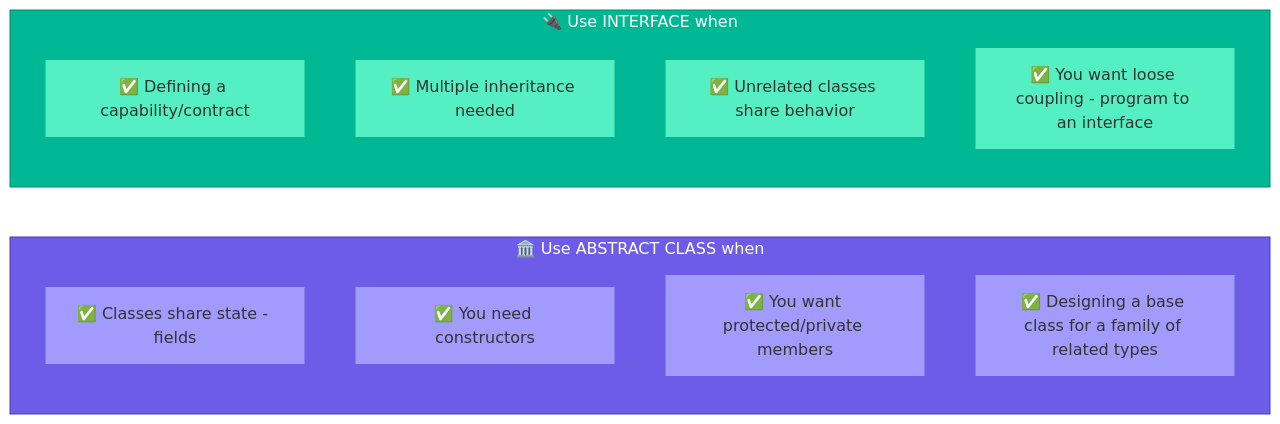
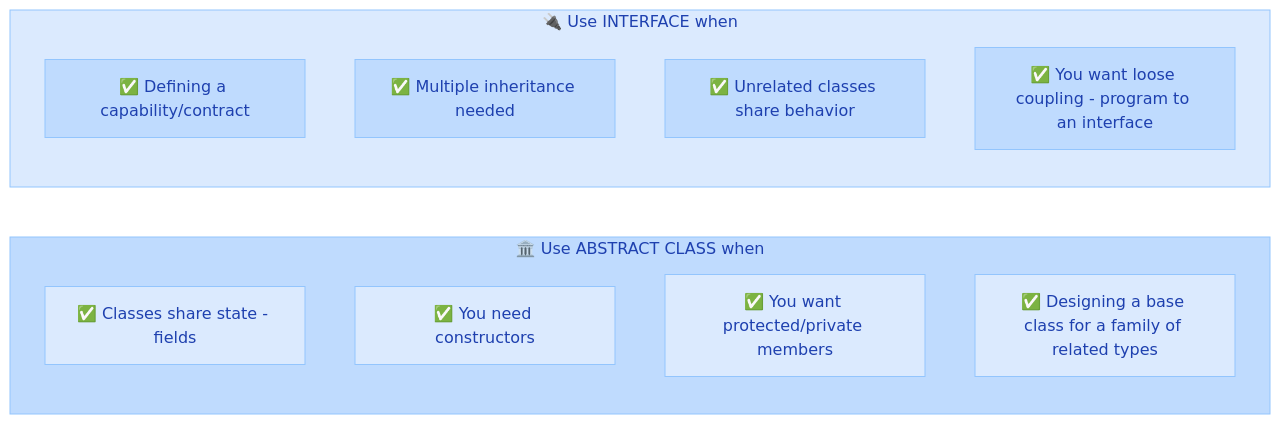
Before and after one commit to saivamsikaruturi/vamsilabs-dev-notes-main: the first of 2 diagrams in docs/java/Interfaces.md, drawn with Mermaid (forest theme). The commit also changed other lines of this file and 220 other files, not shown here.

First line of the commit message:
Add 50+ new Java/Spring Boot pages, rewrite CSS code blocks to Oracle style, fix all diagram colors

````diff
--- a/docs/java/Interfaces.md
+++ b/docs/java/Interfaces.md
@@ -87,26 +87,26 @@
 ```mermaid
 graph LR
     subgraph AC["🏛️ Use ABSTRACT CLASS when"]
         A1["✅ Classes share state - fields"]
         A2["✅ You need constructors"]
         A3["✅ You want protected/private members"]
         A4["✅ Designing a base class for a family of related types"]
     end
     subgraph IF["🔌 Use INTERFACE when"]
         I1["✅ Defining a capability/contract"]
         I2["✅ Multiple inheritance needed"]
         I3["✅ Unrelated classes share behavior"]
         I4["✅ You want loose coupling - program to an interface"]
     end
 
-    style AC fill:#6c5ce7,stroke:#4a3db8,color:#fff
-    style IF fill:#00b894,stroke:#008c6e,color:#fff
-    style A1 fill:#a29bfe,stroke:#6c5ce7,color:#333
-    style A2 fill:#a29bfe,stroke:#6c5ce7,color:#333
-    style A3 fill:#a29bfe,stroke:#6c5ce7,color:#333
-    style A4 fill:#a29bfe,stroke:#6c5ce7,color:#333
-    style I1 fill:#55efc4,stroke:#00b894,color:#333
-    style I2 fill:#55efc4,stroke:#00b894,color:#333
-    style I3 fill:#55efc4,stroke:#00b894,color:#333
-    style I4 fill:#55efc4,stroke:#00b894,color:#333
+    style AC fill:#BFDBFE,stroke:#93C5FD,color:#1E40AF
+    style IF fill:#DBEAFE,stroke:#93C5FD,color:#1E40AF
+    style A1 fill:#DBEAFE,stroke:#93C5FD,color:#1E40AF
+    style A2 fill:#DBEAFE,stroke:#93C5FD,color:#1E40AF
+    style A3 fill:#DBEAFE,stroke:#93C5FD,color:#1E40AF
+    style A4 fill:#DBEAFE,stroke:#93C5FD,color:#1E40AF
+    style I1 fill:#BFDBFE,stroke:#93C5FD,color:#1E40AF
+    style I2 fill:#BFDBFE,stroke:#93C5FD,color:#1E40AF
+    style I3 fill:#BFDBFE,stroke:#93C5FD,color:#1E40AF
+    style I4 fill:#BFDBFE,stroke:#93C5FD,color:#1E40AF
 ```
````
